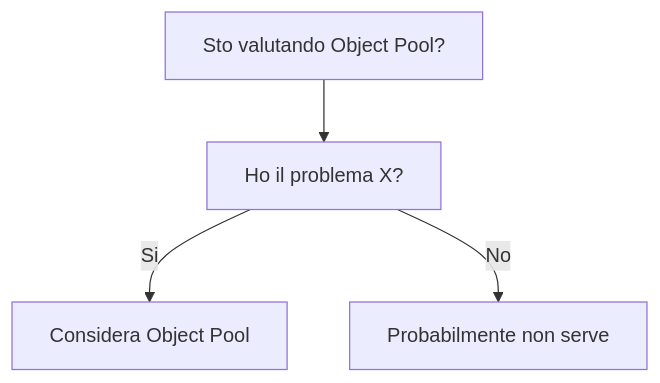
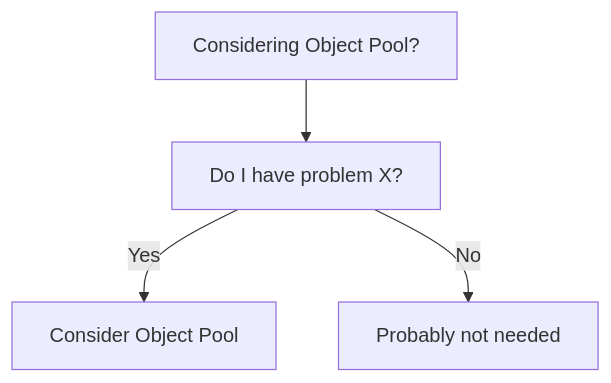
The diagram in dev-wiki/03_Design_Patterns/Creational/Object_Pool/When_To_Use.md (HxT9/Software-Dev-Wiki), drawn with Mermaid before and after one commit. The commit also changed other lines of this file and 3444 other files, not shown here.

````diff
--- a/dev-wiki/03_Design_Patterns/Creational/Object_Pool/When_To_Use.md
+++ b/dev-wiki/03_Design_Patterns/Creational/Object_Pool/When_To_Use.md
@@ -19,6 +19,6 @@
 ```mermaid
 flowchart TD
-  Q[Sto valutando Object Pool?] --> Q1[Ho il problema X?]
-  Q1 -->|Si| OK[Considera Object Pool]
-  Q1 -->|No| NO[Probabilmente non serve]
+  Q[Considering Object Pool?] --> Q1[Do I have problem X?]
+  Q1 -->|Yes| OK[Consider Object Pool]
+  Q1 -->|No| NO[Probably not needed]
 ```
````
